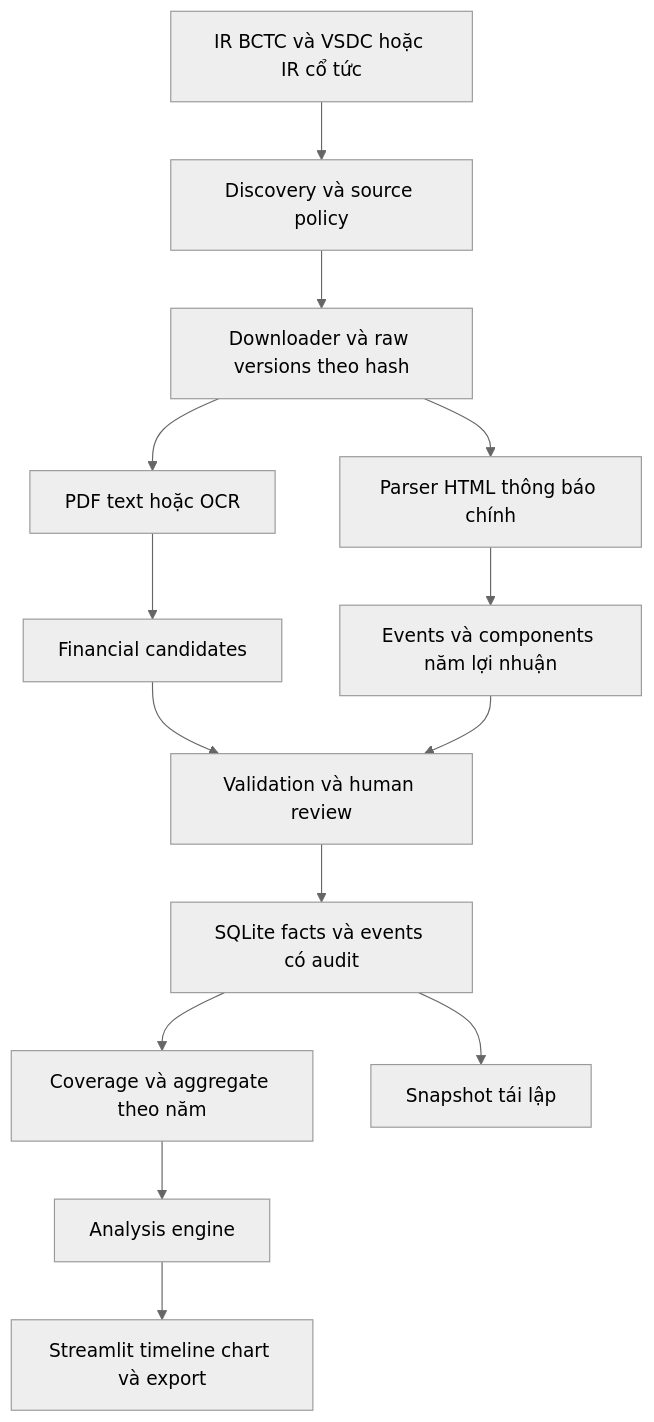
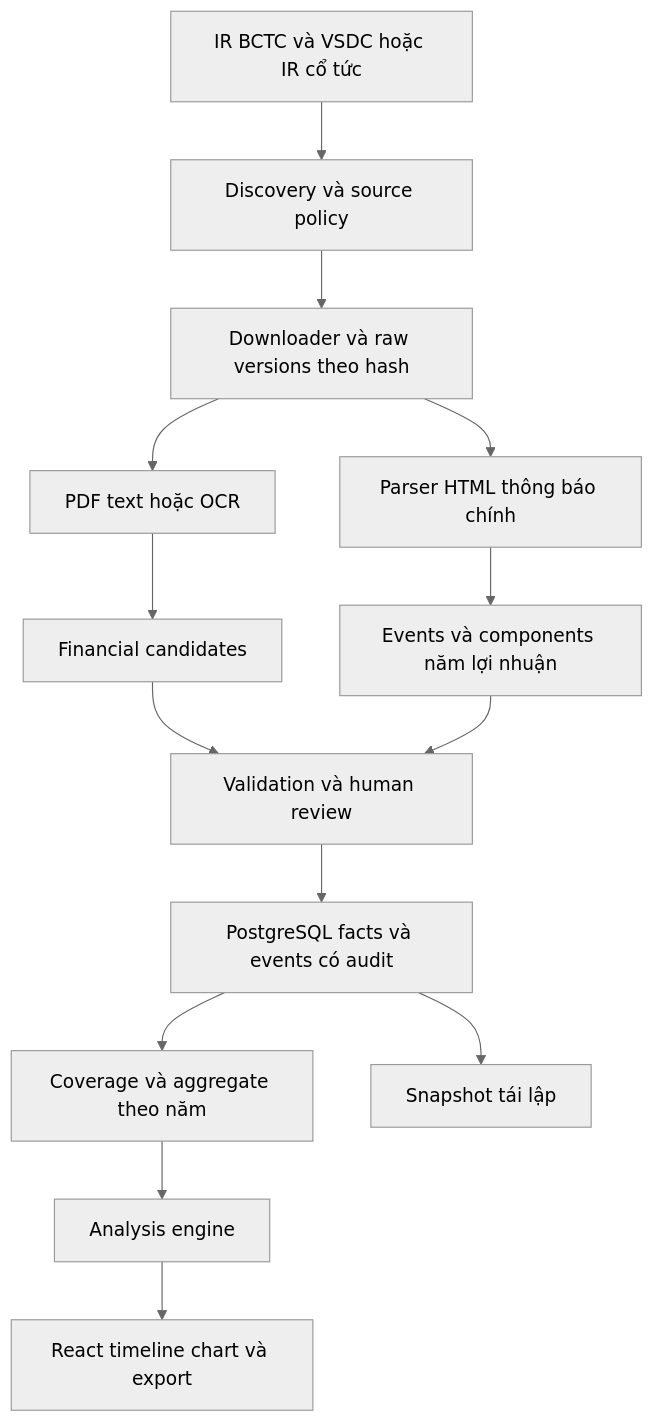
Before and after one commit to tr1tonzzz/financial-platform: the diagram in docs/research-platform/03-kien-truc-va-du-lieu.md, drawn with Mermaid (neutral theme). The commit also changed other lines of this file and 1450 other files, not shown here.

````diff
--- a/docs/research-platform/03-kien-truc-va-du-lieu.md
+++ b/docs/research-platform/03-kien-truc-va-du-lieu.md
@@ -15,16 +15,16 @@
 ```mermaid
 flowchart TD
   A[IR BCTC và VSDC hoặc IR cổ tức] --> B[Discovery và source policy]
   B --> C[Downloader và raw versions theo hash]
   C --> D[PDF text hoặc OCR]
   C --> E[Parser HTML thông báo chính]
   D --> F[Financial candidates]
   E --> G[Events và components năm lợi nhuận]
   F --> H[Validation và human review]
   G --> H
-  H --> I[SQLite facts và events có audit]
+  H --> I[PostgreSQL facts và events có audit]
   I --> J[Coverage và aggregate theo năm]
   J --> K[Analysis engine]
-  K --> L[Streamlit timeline chart và export]
+  K --> L[React timeline chart và export]
   I --> M[Snapshot tái lập]
 ```
````
